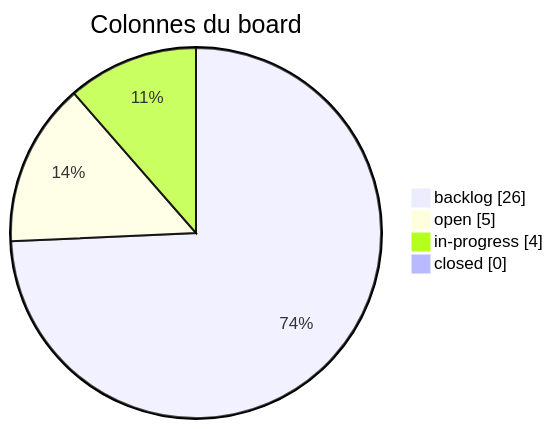
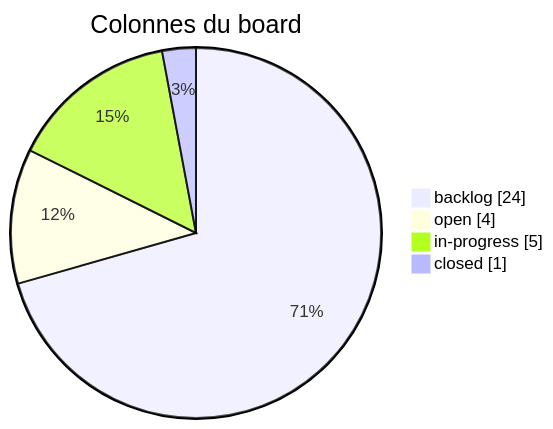
Before and after one commit to Gooseppr/GevOps_LC: the third of 7 diagrams in modules/M41_projet-board-J01.md, drawn with Mermaid. The commit also changed other lines of this file, not shown here.

````diff
--- a/modules/M41_projet-board-J01.md
+++ b/modules/M41_projet-board-J01.md
@@ -47,8 +47,8 @@
 ```mermaid
 pie showData
     title Colonnes du board
-    "backlog" : 26
-    "open" : 5
-    "in-progress" : 4
-    "closed" : 0
+    "backlog" : 24
+    "open" : 4
+    "in-progress" : 5
+    "closed" : 1
 ```
````
